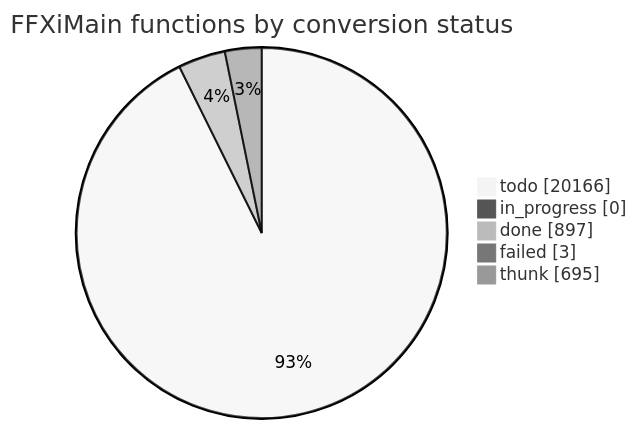
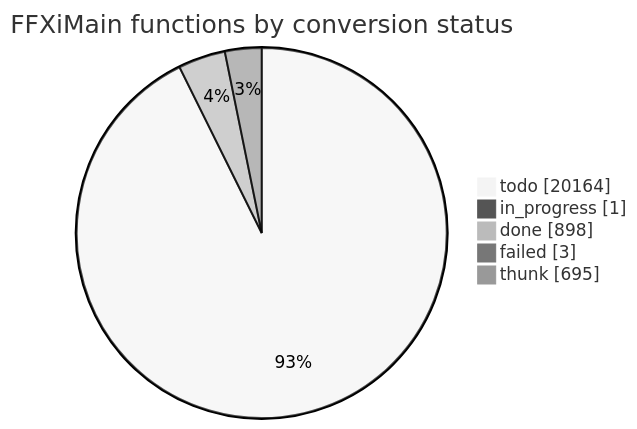
The diagram in docs/cow/STATUS.md (cowrevenge/cow_kuluu_xi_anything), drawn with Mermaid (neutral theme) before and after one commit. The commit also changed other lines of this file and 9 other files, not shown here.

````diff
--- a/docs/cow/STATUS.md
+++ b/docs/cow/STATUS.md
@@ -18,9 +18,9 @@
 ```mermaid
 pie showData
     title FFXiMain functions by conversion status
-    "todo" : 20166
-    "in_progress" : 0
-    "done" : 897
+    "todo" : 20164
+    "in_progress" : 1
+    "done" : 898
     "failed" : 3
     "thunk" : 695
 ```
````
